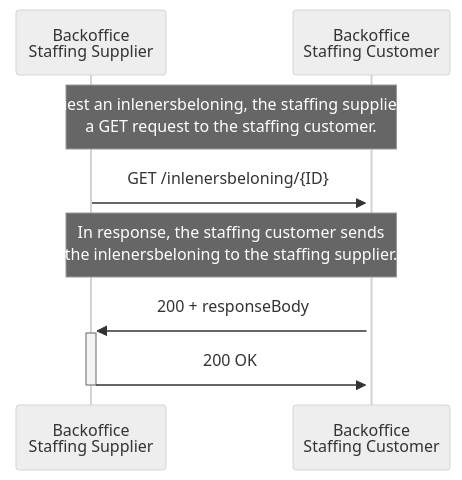
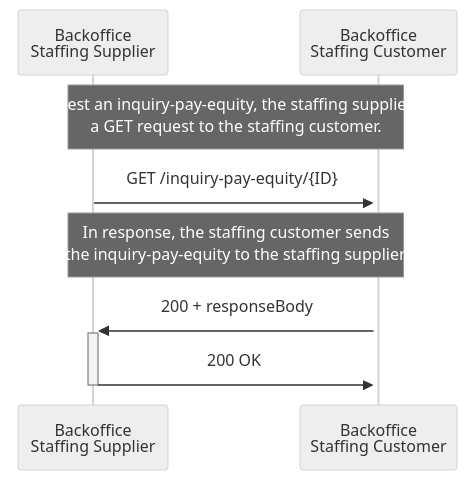
The third of 5 diagrams in app/docs/inlenersbeloning/sequence diagrams/sequence diagrams.md (setu-standards/documentation), drawn with Mermaid (neutral theme) before and after one commit. The commit also changed other lines of this file and 10 other files, not shown here.

Commit message:
Updated name change of inlenersbeloning to Inquiry Pay Equity

````diff
--- a/app/docs/inlenersbeloning/sequence diagrams/sequence diagrams.md
+++ b/app/docs/inlenersbeloning/sequence diagrams/sequence diagrams.md
@@ -75,12 +75,12 @@
 ```mermaid
 sequenceDiagram
     participant Supplier as Backoffice <br/> Staffing Supplier
     participant Customer as Backoffice <br/> Staffing Customer
     
-    Note over Supplier,Customer: To request an inlenersbeloning, the staffing supplier sends <br/> a GET request to the staffing customer.
-    Supplier ->>+ Customer: GET /inlenersbeloning/{ID}
+    Note over Supplier,Customer: To request an inquiry-pay-equity, the staffing supplier sends <br/> a GET request to the staffing customer.
+    Supplier ->>+ Customer: GET /inquiry-pay-equity/{ID}
     
-    Note over Supplier,Customer: In response, the staffing customer sends <br/> the inlenersbeloning to the staffing supplier.
+    Note over Supplier,Customer: In response, the staffing customer sends <br/> the inquiry-pay-equity to the staffing supplier.
     Customer ->>+ Supplier: 200 + responseBody
     Supplier ->>- Customer: 200 OK
 ```
````
